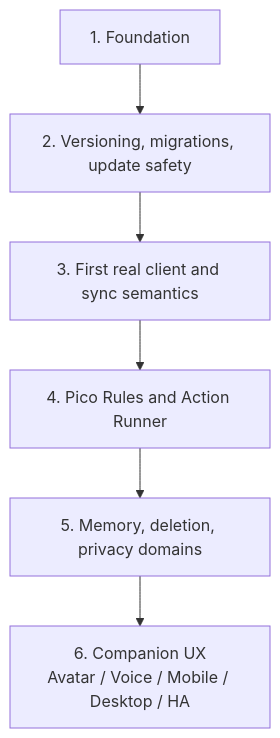
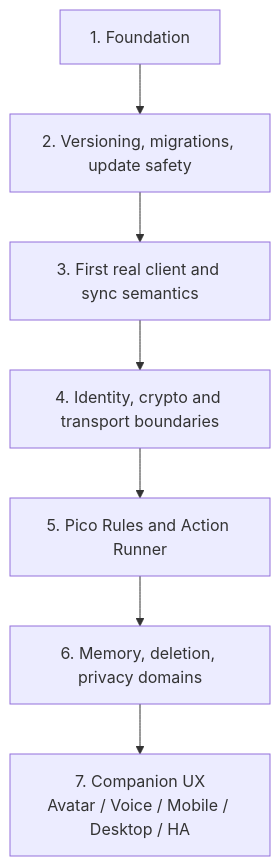
One commit to riederch/pico changed the third of 3 diagrams in ReadmeTech.md. Above: the diagram before and after it, drawn with Mermaid. The commit also changed other lines of this file, not shown here.

Commit message:
docs: align technical README with transport ADRs

````diff
--- a/ReadmeTech.md
+++ b/ReadmeTech.md
@@ -614,8 +440,9 @@
 ```mermaid
 flowchart TD
     F1[1. Foundation] --> F2[2. Versioning, migrations, update safety]
     F2 --> F3[3. First real client and sync semantics]
-    F3 --> F4[4. Pico Rules and Action Runner]
-    F4 --> F5[5. Memory, deletion, privacy domains]
-    F5 --> F6[6. Companion UX\nAvatar / Voice / Mobile / Desktop / HA]
+    F3 --> F4[4. Identity, crypto and transport boundaries]
+    F4 --> F5[5. Pico Rules and Action Runner]
+    F5 --> F6[6. Memory, deletion, privacy domains]
+    F6 --> F7[7. Companion UX\nAvatar / Voice / Mobile / Desktop / HA]
 ```
````
